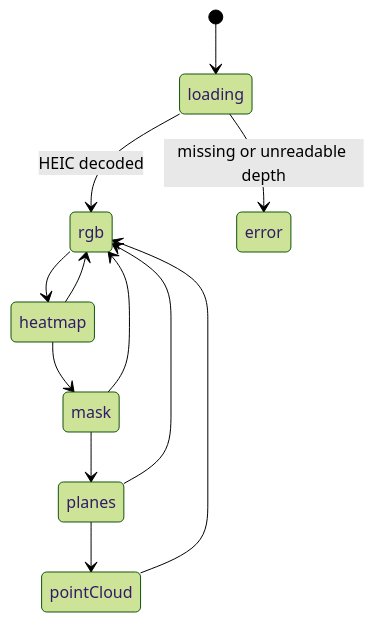
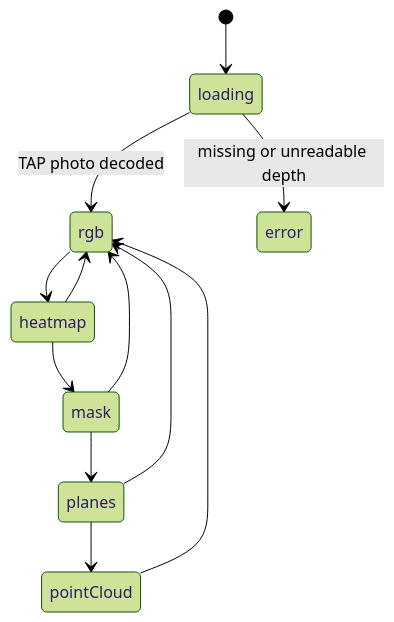
The second of 3 diagrams in TAPCamDemo/DepthAnalysis/README.md (TAP-NAP/TAPCamDemo), drawn with Mermaid (forest theme) before and after one commit. The commit also changed other lines of this file and 75 other files, not shown here.

Commit message:
Refine capture and diagnostics flow

````diff
--- a/TAPCamDemo/DepthAnalysis/README.md
+++ b/TAPCamDemo/DepthAnalysis/README.md
@@ -369,14 +370,14 @@
 ```mermaid
 stateDiagram-v2
     [*] --> loading
-    loading --> rgb: HEIC decoded
+    loading --> rgb: TAP photo decoded
     loading --> error: missing or unreadable depth
     rgb --> heatmap
     heatmap --> mask
     mask --> planes
     planes --> pointCloud
     pointCloud --> rgb
     heatmap --> rgb
     mask --> rgb
     planes --> rgb
 ```
````
